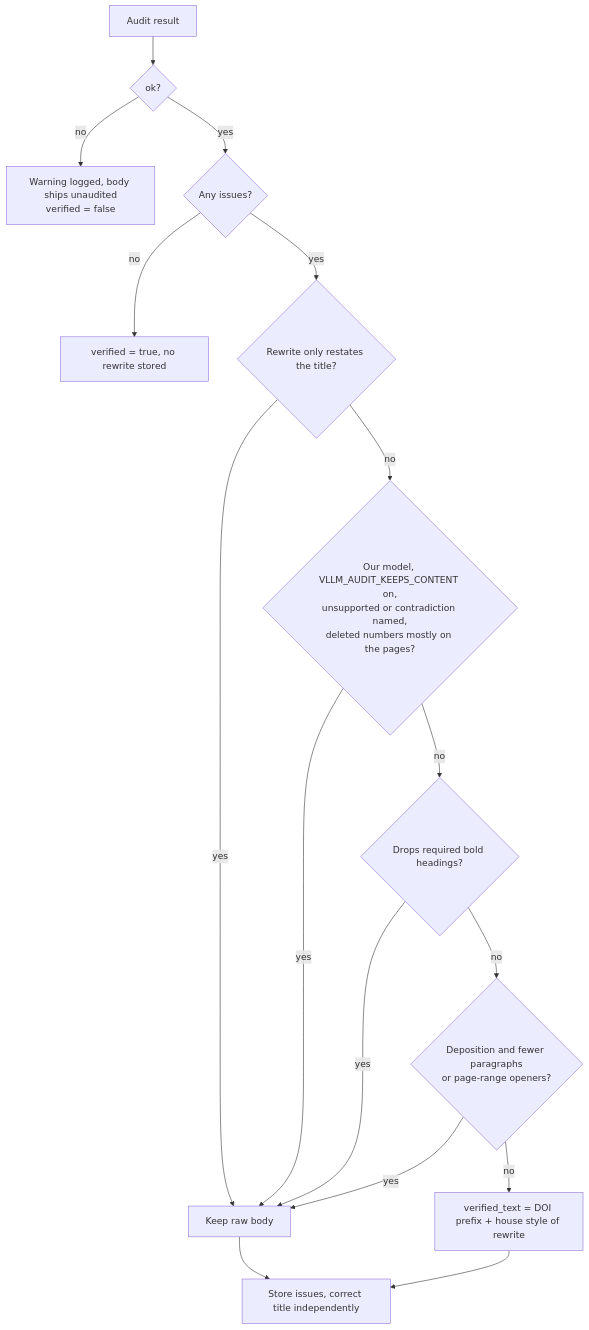
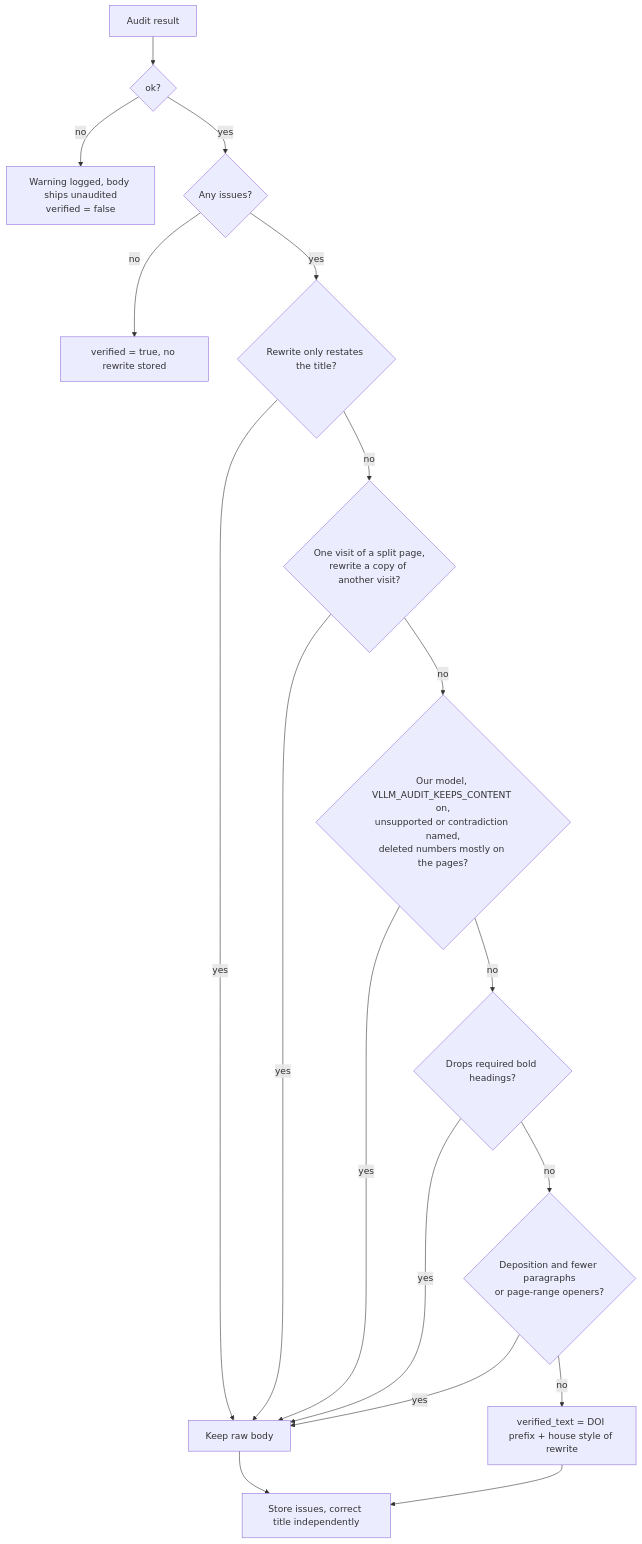
The second of 2 diagrams in docs/explanation/summarization.md (gesco-healthcare-support/ai-medical-record-review), drawn with Mermaid before and after one commit. The commit also changed other lines of this file and 4 other files, not shown here.

First line of the commit message:
fix(summarize): the audit keeps each visit of a page its own (#645)

````diff
--- a/docs/explanation/summarization.md
+++ b/docs/explanation/summarization.md
@@ -369,18 +372,20 @@
 ```mermaid
 flowchart TD
     A[Audit result] --> B{ok?}
     B -- no --> W[Warning logged, body ships unaudited<br/>verified = false]
     B -- yes --> C{Any issues?}
     C -- no --> V[verified = true, no rewrite stored]
     C -- yes --> D{Rewrite only restates the title?}
     D -- yes --> R[Keep raw body]
-    D -- no --> K{Our model, VLLM_AUDIT_KEEPS_CONTENT on,<br/>unsupported or contradiction named,<br/>deleted numbers mostly on the pages?}
+    D -- no --> P{One visit of a split page,<br/>rewrite a copy of another visit?}
+    P -- yes --> R
+    P -- no --> K{Our model, VLLM_AUDIT_KEEPS_CONTENT on,<br/>unsupported or contradiction named,<br/>deleted numbers mostly on the pages?}
     K -- yes --> R
     K -- no --> E{Drops required bold headings?}
     E -- yes --> R
     E -- no --> F{Deposition and fewer paragraphs<br/>or page-range openers?}
     F -- yes --> R
     F -- no --> G[verified_text = DOI prefix + house style of rewrite]
     R --> T[Store issues, correct title independently]
     G --> T
 ```
````
